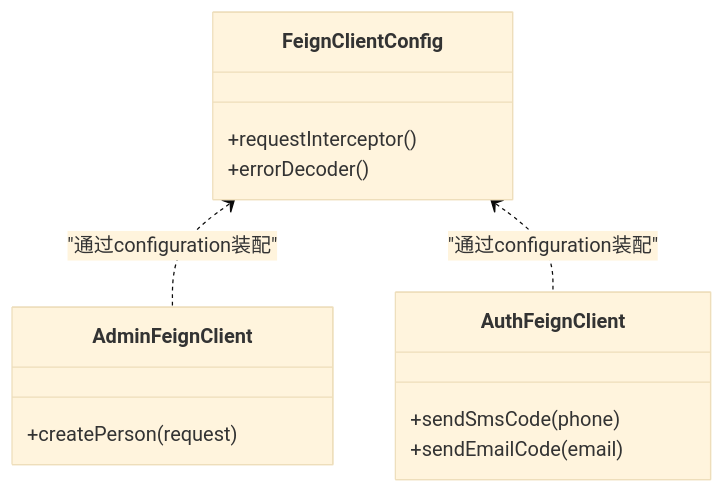
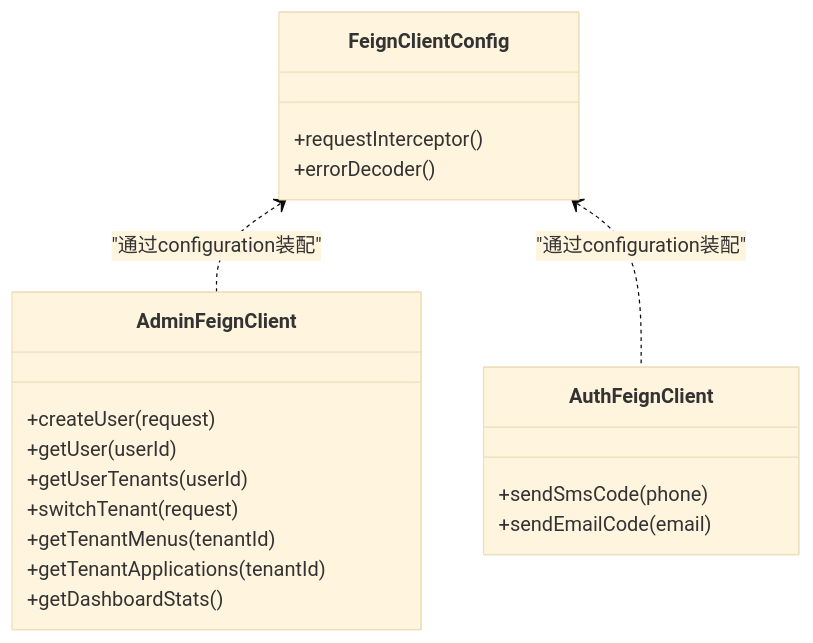
The fifth of 7 diagrams in .qoder/repowiki/zh/content/项目概述/项目结构/前端代理服务器 (iam-bff-server)/应用启动与配置.md (fq0121104930716/iam-platform), drawn with Mermaid (base theme) before and after one commit. The commit also changed other lines of this file and 42 other files, not shown here.

````diff
--- a/.qoder/repowiki/zh/content/项目概述/项目结构/前端代理服务器 (iam-bff-server)/应用启动与配置.md
+++ b/.qoder/repowiki/zh/content/项目概述/项目结构/前端代理服务器 (iam-bff-server)/应用启动与配置.md
@@ -164,16 +189,22 @@
 ```mermaid
 classDiagram
 class FeignClientConfig {
 +requestInterceptor()
 +errorDecoder()
 }
 class AdminFeignClient {
-+createPerson(request)
++createUser(request)
++getUser(userId)
++getUserTenants(userId)
++switchTenant(request)
++getTenantMenus(tenantId)
++getTenantApplications(tenantId)
++getDashboardStats()
 }
 class AuthFeignClient {
 +sendSmsCode(phone)
 +sendEmailCode(email)
 }
 FeignClientConfig <.. AdminFeignClient : "通过configuration装配"
 FeignClientConfig <.. AuthFeignClient : "通过configuration装配"
 ```
````
